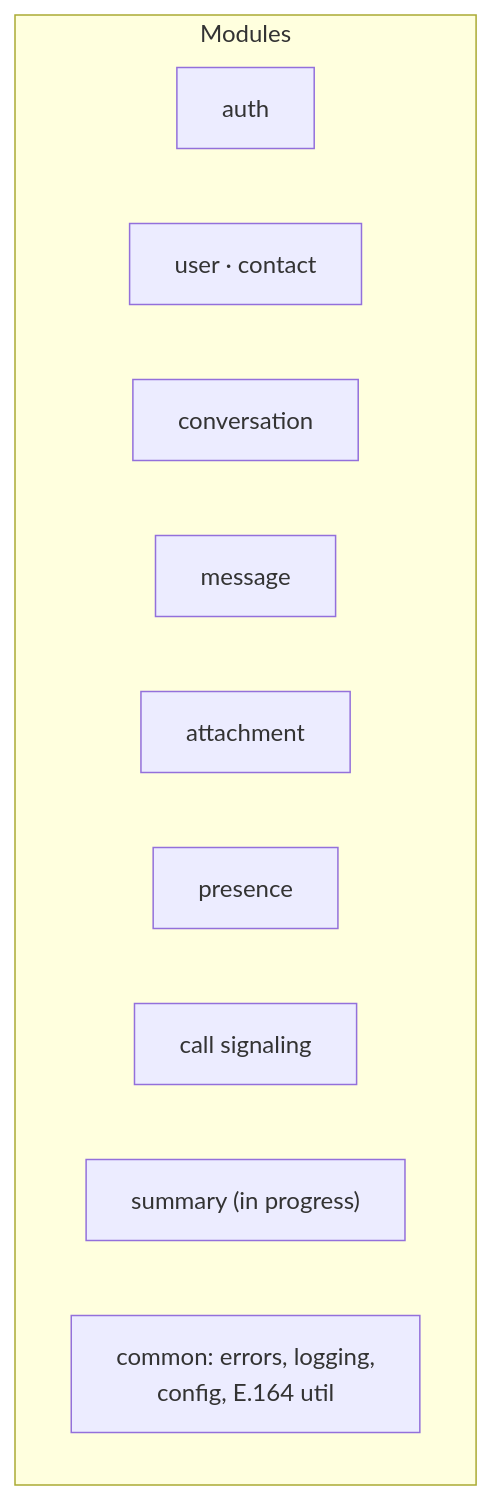
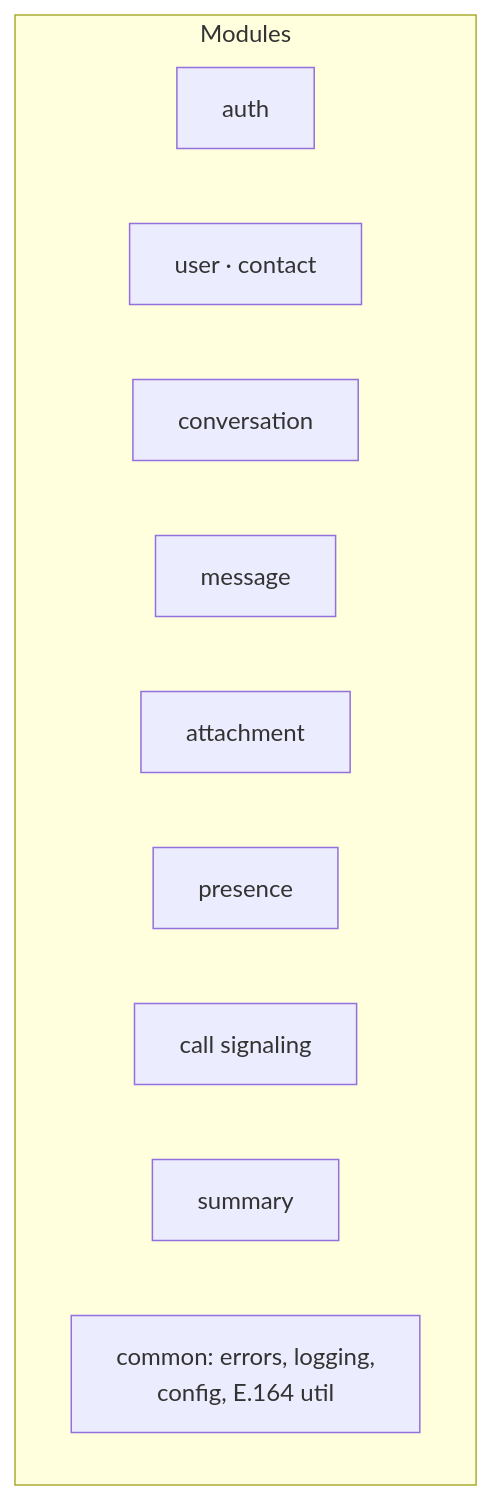
The second of 3 diagrams in docs/architecture.md (JasonTM17/Nexachat_AppJ), drawn with Mermaid before and after one commit. The commit also changed other lines of this file and 15 other files, not shown here.

````diff
--- a/docs/architecture.md
+++ b/docs/architecture.md
@@ -75,14 +75,14 @@
 ```mermaid
 flowchart TB
     subgraph Mod["Modules"]
         AUTH["auth"]
         USER["user · contact"]
         CONV["conversation"]
         MSG["message"]
         ATT["attachment"]
         PRES["presence"]
         CALL["call signaling"]
-        SUM["summary (in progress)"]
+        SUM["summary"]
         COMMON["common: errors, logging,<br/>config, E.164 util"]
     end
 ```
````
